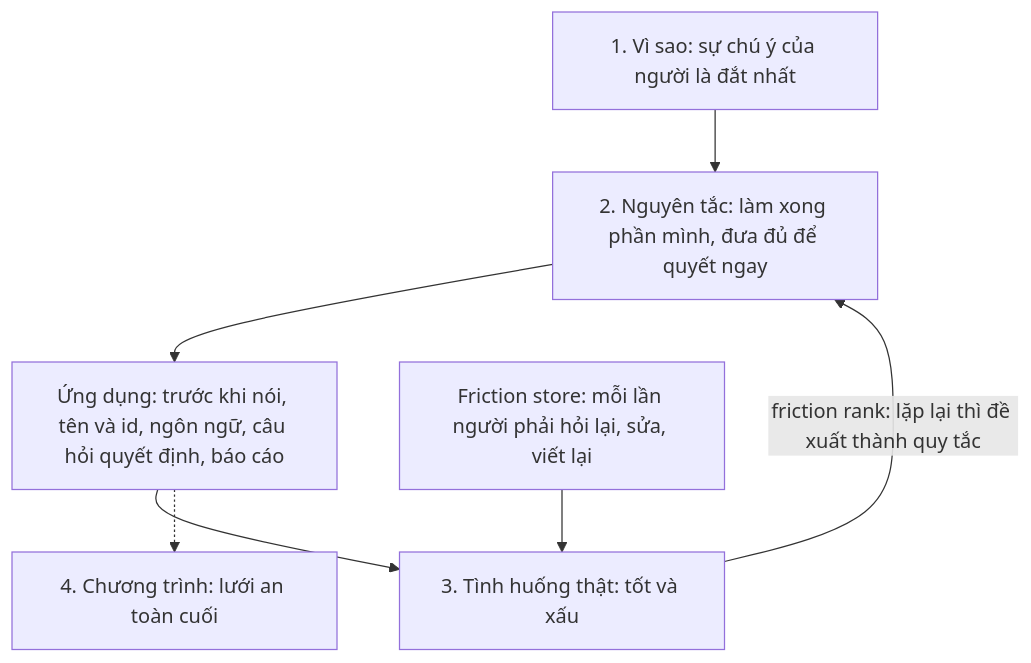
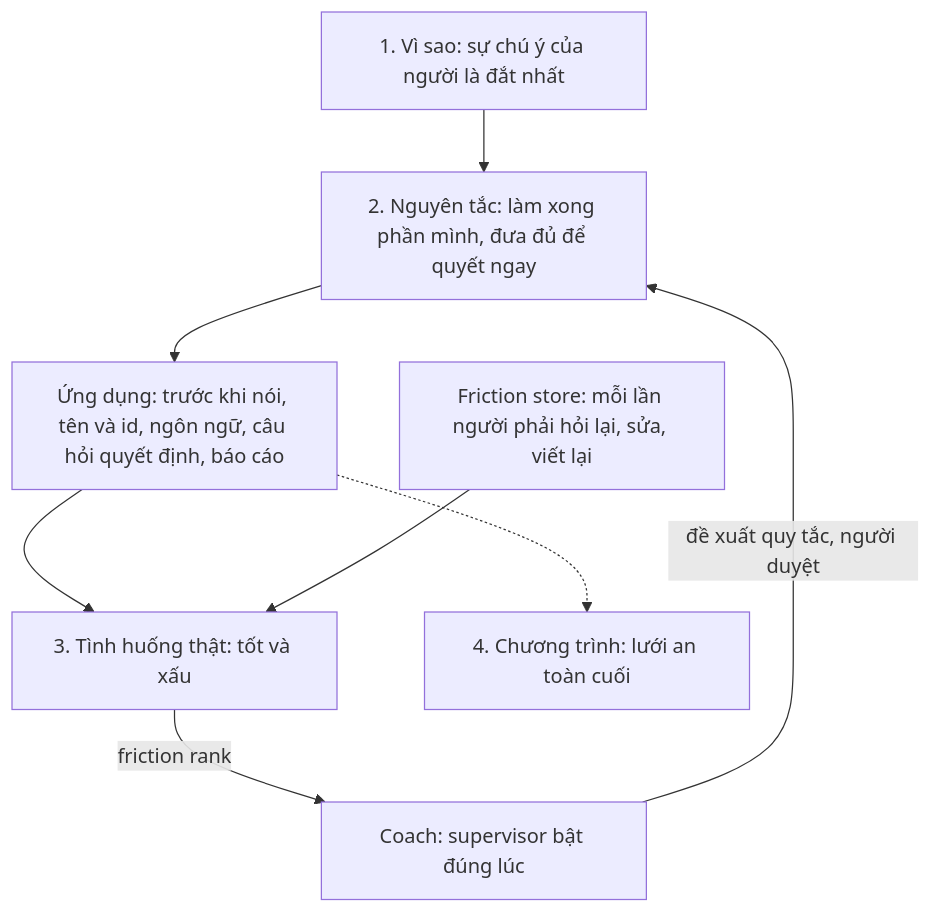
Before and after one commit to vantt/forgent: the diagram in plans/discussions/ds-cfsfcbknl6-owner-communication/DISCUSSION.md, drawn with Mermaid. The commit also changed other lines of this file, not shown here.

Commit message:
docs(discussion): the coach, not the secretary, learns from owner-communication friction

````diff
--- a/plans/discussions/ds-cfsfcbknl6-owner-communication/DISCUSSION.md
+++ b/plans/discussions/ds-cfsfcbknl6-owner-communication/DISCUSSION.md
@@ -114,9 +119,10 @@
 ```mermaid
 flowchart TD
   W[1. Vì sao: sự chú ý của người là đắt nhất] --> P[2. Nguyên tắc: làm xong phần mình, đưa đủ để quyết ngay]
   P --> A[Ứng dụng: trước khi nói, tên và id, ngôn ngữ, câu hỏi quyết định, báo cáo]
   A --> C[3. Tình huống thật: tốt và xấu]
   F[Friction store: mỗi lần người phải hỏi lại, sửa, viết lại] --> C
-  C -->|friction rank: lặp lại thì đề xuất thành quy tắc| P
+  C -->|friction rank| K[Coach: supervisor bật đúng lúc]
+  K -->|đề xuất quy tắc, người duyệt| P
   A -.-> M[4. Chương trình: lưới an toàn cuối]
 ```
````
